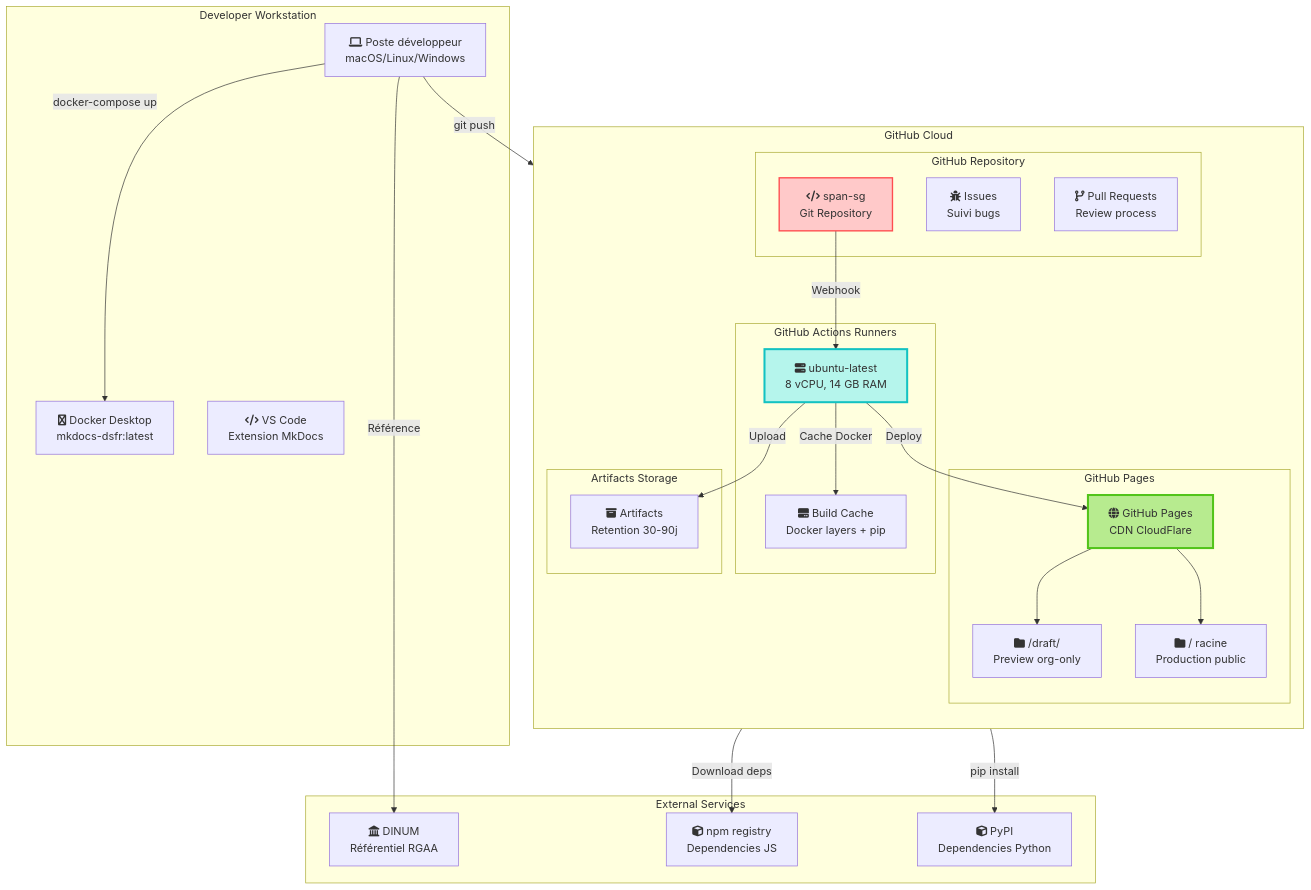
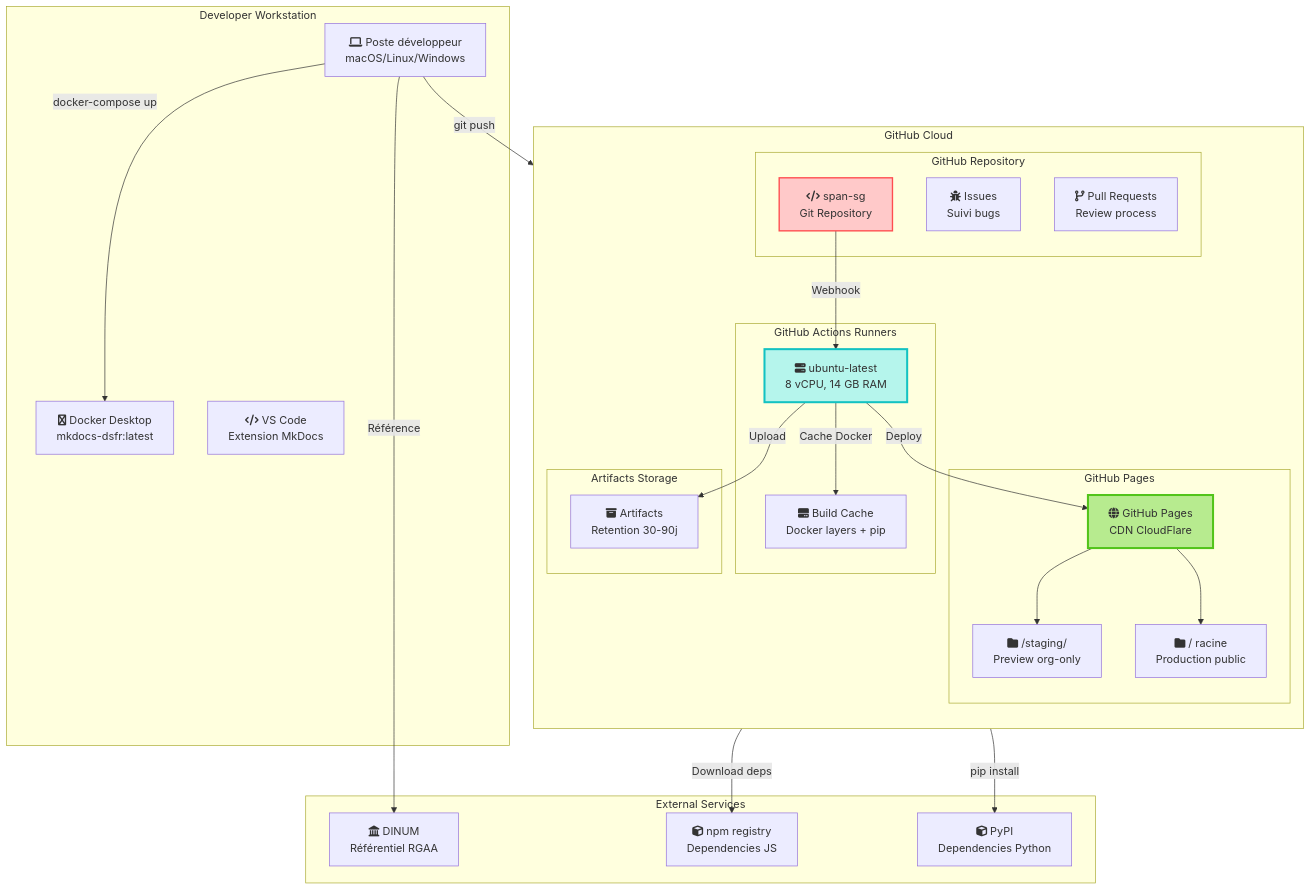
One commit to Alexmacapple/span-sg changed the first of 10 diagrams in docs/architecture/infrastructure.md. Above: the diagram before and after it, drawn with Mermaid. The commit also changed other lines of this file and 12 other files, not shown here.

First line of the commit message:
docs: renommer toutes références /draft/ vers /staging/

````diff
--- a/docs/architecture/infrastructure.md
+++ b/docs/architecture/infrastructure.md
@@ -14,58 +14,58 @@
 ```mermaid
 graph TB
     subgraph "Developer Workstation"
         DEV[fa:fa-laptop Poste développeur<br/>macOS/Linux/Windows]
         DOCKER[fa:fa-docker Docker Desktop<br/>mkdocs-dsfr:latest]
         VSCODE[fa:fa-code VS Code<br/>Extension MkDocs]
     end
 
     subgraph "GitHub Cloud"
         direction TB
         subgraph "GitHub Repository"
             REPO[fa:fa-code span-sg<br/>Git Repository]
             ISSUES[fa:fa-bug Issues<br/>Suivi bugs]
             PR[fa:fa-code-branch Pull Requests<br/>Review process]
         end
 
         subgraph "GitHub Actions Runners"
             RUNNER[fa:fa-server ubuntu-latest<br/>8 vCPU, 14 GB RAM]
             CACHE[fa:fa-hdd Build Cache<br/>Docker layers + pip]
         end
 
         subgraph "GitHub Pages"
             GHP[fa:fa-globe GitHub Pages<br/>CDN CloudFlare]
-            DRAFT[fa:fa-folder /draft/<br/>Preview org-only]
+            DRAFT[fa:fa-folder /staging/<br/>Preview org-only]
             PROD[fa:fa-folder / racine<br/>Production public]
         end
 
         subgraph "Artifacts Storage"
             ART[fa:fa-archive Artifacts<br/>Retention 30-90j]
         end
     end
 
     subgraph "External Services"
         DINUM[fa:fa-landmark DINUM<br/>Référentiel RGAA]
         NPM[fa:fa-cube npm registry<br/>Dependencies JS]
         PYPI[fa:fa-cube PyPI<br/>Dependencies Python]
     end
 
     DEV -->|git push| REPO
     DEV -->|docker-compose up| DOCKER
 
     REPO -->|Webhook| RUNNER
     RUNNER -->|Cache Docker| CACHE
     RUNNER -->|Upload| ART
     RUNNER -->|Deploy| GHP
 
     GHP --> DRAFT
     GHP --> PROD
 
     RUNNER -->|Download deps| NPM
     RUNNER -->|pip install| PYPI
 
     DEV -->|Référence| DINUM
 
     style RUNNER fill:#b5f5ec,stroke:#13c2c2,stroke-width:3px
     style GHP fill:#b7eb8f,stroke:#52c41a,stroke-width:3px
     style REPO fill:#ffc9c9,stroke:#ff4d4f,stroke-width:2px
 ```
````
